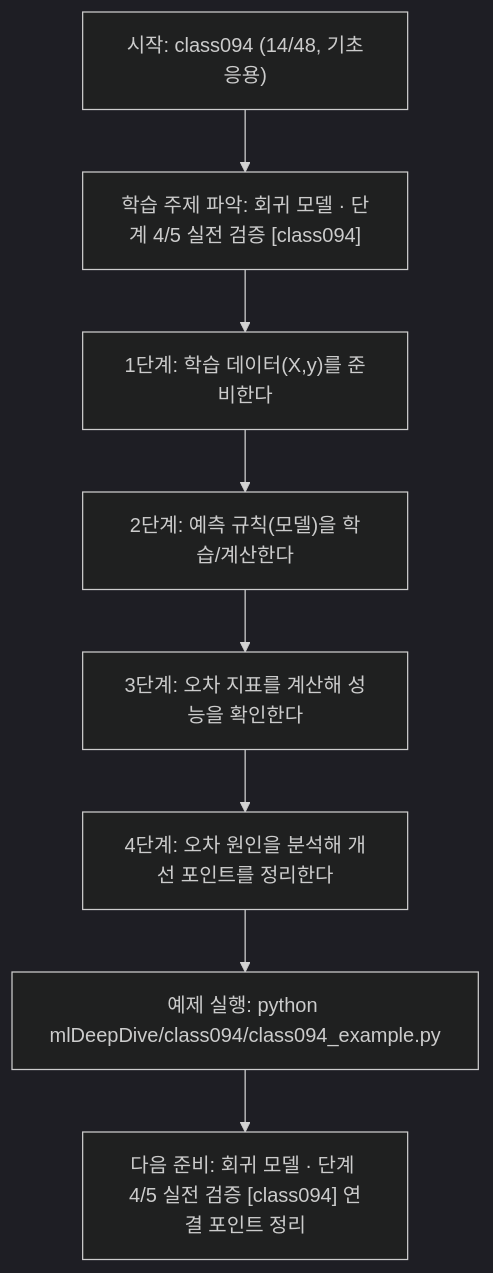
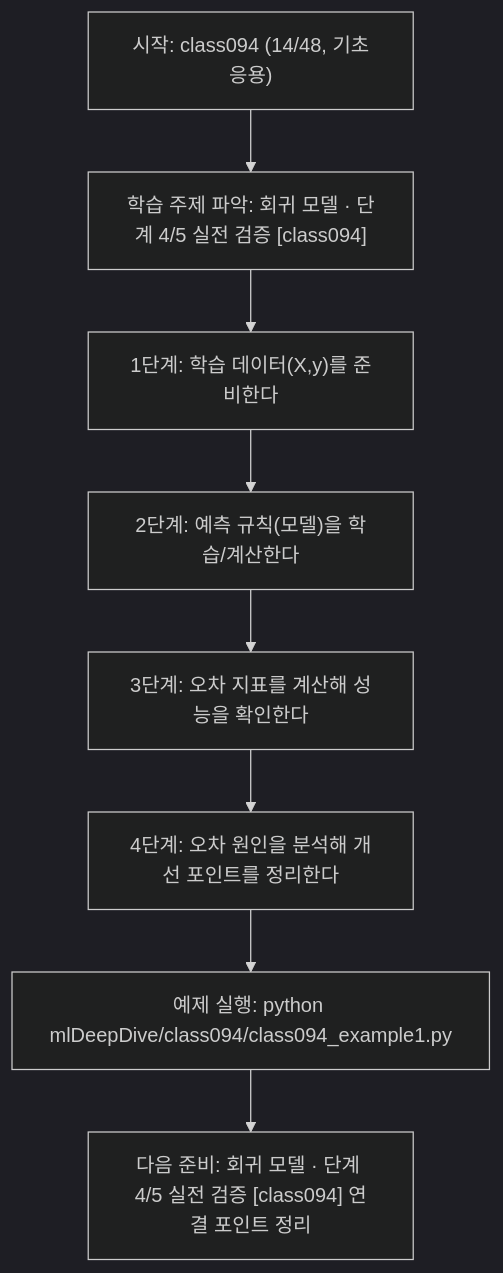
The diagram in mlDeepDive/class094/class094.md (edumgt/Python-AI_Agent-Class), drawn with Mermaid (dark theme) before and after one commit. The commit also changed other lines of this file and 2959 other files, not shown here.

````diff
--- a/mlDeepDive/class094/class094.md
+++ b/mlDeepDive/class094/class094.md
@@ -109,18 +109,18 @@
 ```mermaid
 flowchart TD
 N1["시작: class094 (14/48, 기초응용)"]
 N2["학습 주제 파악: 회귀 모델 · 단계 4/5 실전 검증 [class094]"]
 N3["1단계: 학습 데이터(X,y)를 준비한다"]
 N4["2단계: 예측 규칙(모델)을 학습/계산한다"]
 N5["3단계: 오차 지표를 계산해 성능을 확인한다"]
 N6["4단계: 오차 원인을 분석해 개선 포인트를 정리한다"]
-N7["예제 실행: python mlDeepDive/class094/class094_example.py"]
+N7["예제 실행: python mlDeepDive/class094/class094_example1.py"]
 N8["다음 준비: 회귀 모델 · 단계 4/5 실전 검증 [class094] 연결 포인트 정리"]
 N1 --> N2
 N2 --> N3
 N3 --> N4
 N4 --> N5
 N5 --> N6
 N6 --> N7
 N7 --> N8
 ```
````
